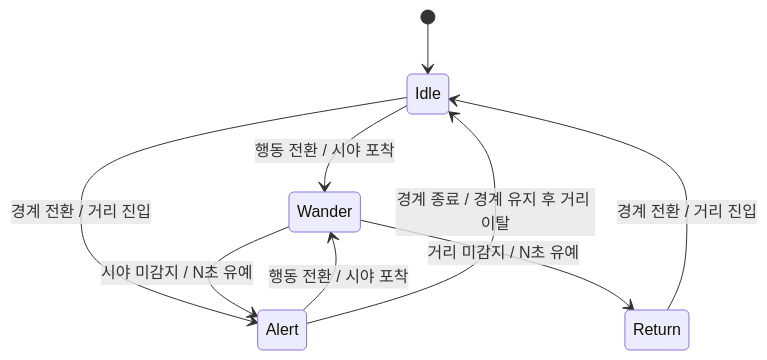
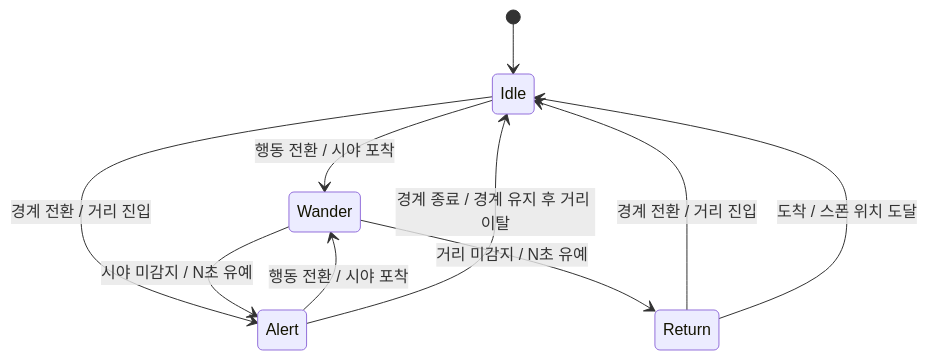
Before and after one commit to Youngdu-Min/Data-Driven-Monster-AI: the fifth of 9 diagrams in docs/TechnicalDesign.md, drawn with Mermaid. The commit also changed other lines of this file and 3 other files, not shown here.

````diff
--- a/docs/TechnicalDesign.md
+++ b/docs/TechnicalDesign.md
@@ -449,11 +461,12 @@
 ```mermaid
 stateDiagram-v2
     [*] --> Idle
     Idle --> Wander : 행동 전환 / 시야 포착
     Idle --> Alert : 경계 전환 / 거리 진입
     Alert --> Wander : 행동 전환 / 시야 포착
     Alert --> Idle : 경계 종료 / 경계 유지 후 거리 이탈
     Wander --> Alert : 시야 미감지 / N초 유예
     Wander --> Return : 거리 미감지 / N초 유예
     Return --> Idle : 경계 전환 / 거리 진입
+    Return --> Idle : 도착 / 스폰 위치 도달
 ```
````
